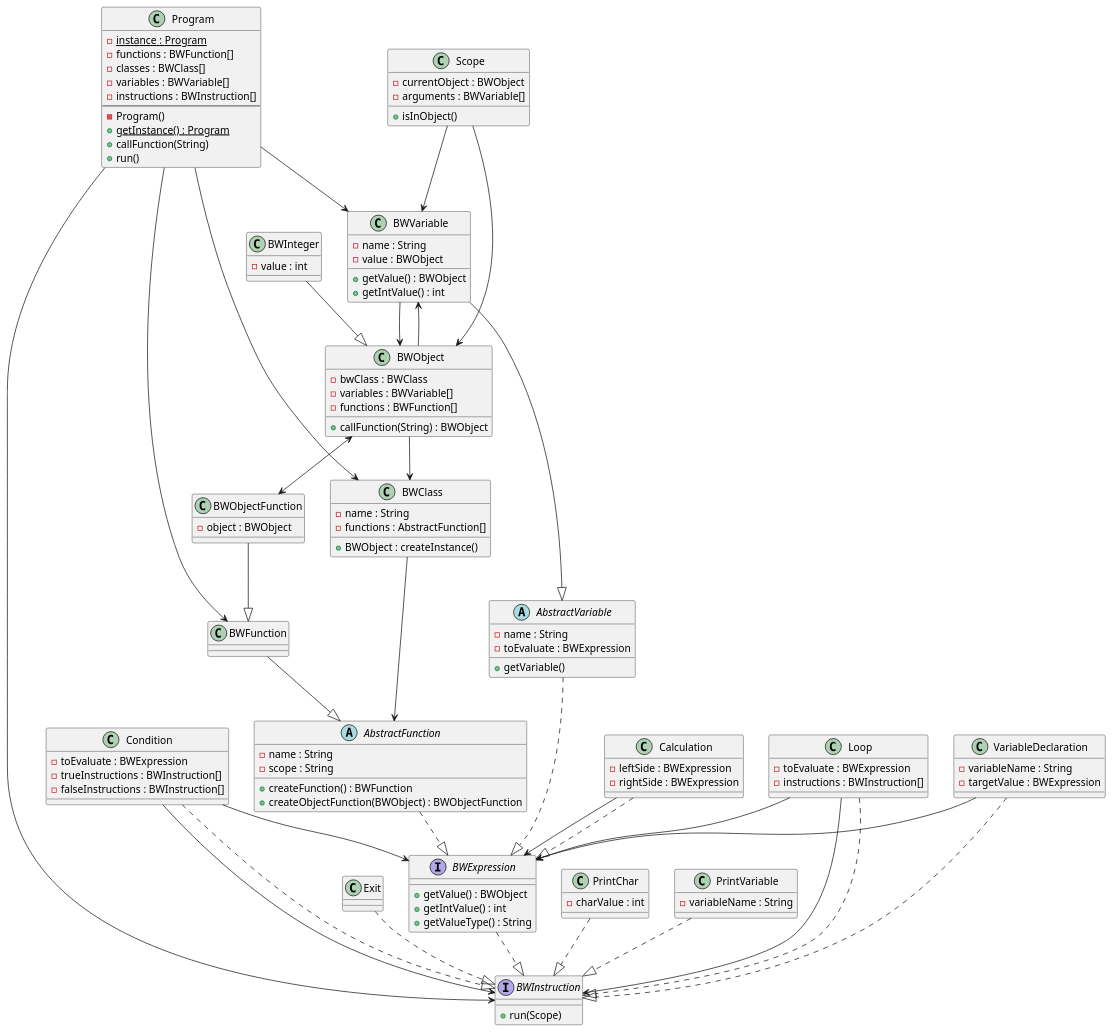
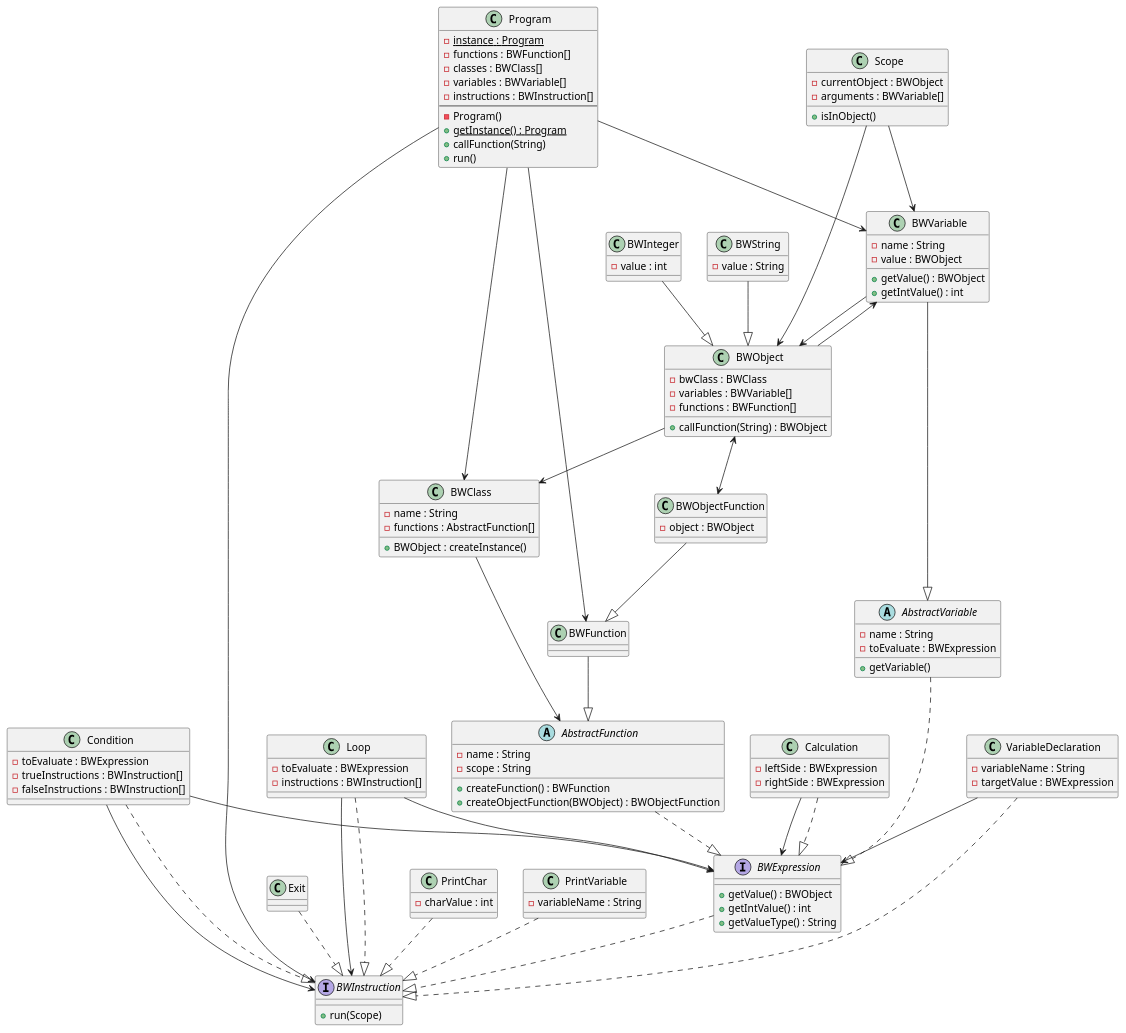
The diagram in doc/uml/complete.puml (Dedda/bratwurst), drawn with PlantUML before and after one commit. The commit also changed 5 other files, not shown here.

```diff
--- a/doc/uml/complete.puml
+++ b/doc/uml/complete.puml
@@ -1,133 +1,137 @@
 @startuml
 
 abstract class AbstractFunction {
     - name : String
     - scope : String
     + createFunction() : BWFunction
     + createObjectFunction(BWObject) : BWObjectFunction
 }
 abstract class AbstractVariable {
     - name : String
     - toEvaluate : BWExpression
     + getVariable()
 }
 class BWClass {
     - name : String
     - functions : AbstractFunction[]
     + BWObject : createInstance()
 }
 interface BWExpression {
     + getValue() : BWObject
     + getIntValue() : int
     + getValueType() : String
 }
 interface BWInstruction {
     + run(Scope)
 }
 class BWFunction {
 }
 class BWInteger {
     - value : int
 }
 class BWObject {
     - bwClass : BWClass
     - variables : BWVariable[]
     - functions : BWFunction[]
     + callFunction(String) : BWObject
 }
 class BWObjectFunction {
     - object : BWObject
+}
+class BWString {
+    - value : String
 }
 class BWVariable {
     - name : String
     - value : BWObject
     + getValue() : BWObject
     + getIntValue() : int
 }
 class Calculation {
     - leftSide : BWExpression
     - rightSide : BWExpression
 }
 class Condition {
     - toEvaluate : BWExpression
     - trueInstructions : BWInstruction[]
     - falseInstructions : BWInstruction[]
 }
 class Exit {
 }
 class Loop {
     - toEvaluate : BWExpression
     - instructions : BWInstruction[]
 }
 class PrintChar {
     - charValue : int
 }
 class PrintVariable {
     - variableName : String
 }
 class Program {
     - {static} instance : Program
     - functions : BWFunction[]
     - classes : BWClass[]
     - variables : BWVariable[]
     - instructions : BWInstruction[]
     --
     - Program()
     + {static} getInstance() : Program
     + callFunction(String)
     + run()
 }
 class Scope {
     - currentObject : BWObject
     - arguments : BWVariable[]
     + isInObject()
 }
 class VariableDeclaration {
     - variableName : String
     - targetValue : BWExpression
 }
 
 Program --> BWFunction
 Program --> BWClass
 Program --> BWVariable
 Program --> BWInstruction
 
 Scope --> BWObject
 Scope --> BWVariable
 
 BWClass --> AbstractFunction
 
 BWObject --> BWClass
 BWObject <--> BWObjectFunction
 BWObject --> BWVariable
 
 BWVariable --> BWObject
 
 VariableDeclaration --> BWExpression
 
 Calculation --> BWExpression
 
 Condition --> BWExpression
 Condition --> BWInstruction
 
 Loop --> BWExpression
 Loop --> BWInstruction
 
 BWExpression ..|> BWInstruction
 AbstractFunction ..|> BWExpression
 BWFunction --|> AbstractFunction
 BWObjectFunction --|> BWFunction
 AbstractVariable ..|> BWExpression
 BWVariable --|> AbstractVariable
 BWInteger --|> BWObject
+BWString --|> BWObject
 
 Calculation ..|> BWExpression
 
 VariableDeclaration ..|> BWInstruction
 PrintVariable ..|> BWInstruction
 PrintChar ..|> BWInstruction
 Exit ..|> BWInstruction
 Condition ..|> BWInstruction
 Loop ..|> BWInstruction
 
 @enduml
```
